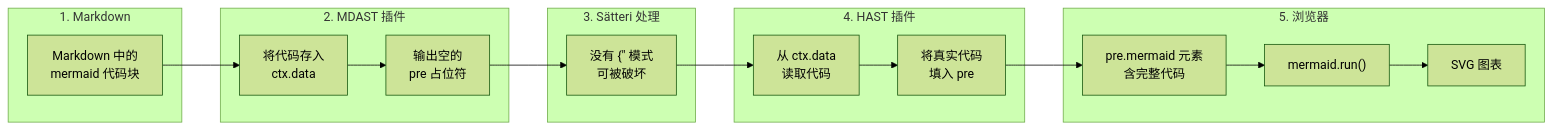
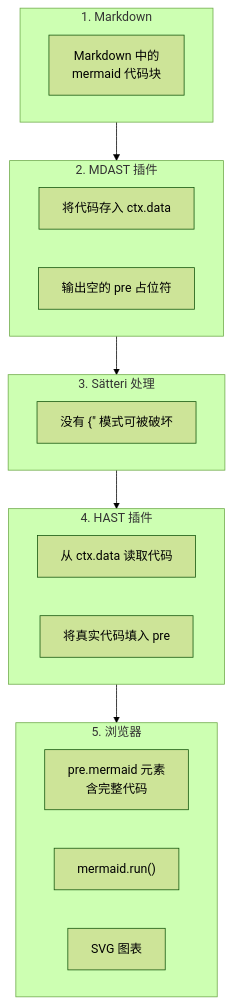
Before and after one commit to xingwangzhe/satteri-mermaid: the diagram in README_CN.md, drawn with Mermaid (forest theme). The commit also changed 2 other files, not shown here.

Commit message:
docs: README 流程图改为纵向布局

````diff
--- a/README_CN.md
+++ b/README_CN.md
@@ -70,37 +70,30 @@
 ```mermaid
-flowchart LR
+flowchart TD
     subgraph MD["1. Markdown"]
         SRC["Markdown 中的
 mermaid 代码块"]
     end
 
     subgraph MDAST["2. MDAST 插件"]
-        STORE["将代码存入
-ctx.data"]
-        EMPTY["输出空的
-pre 占位符"]
+        STORE["将代码存入 ctx.data"]
+        EMPTY["输出空的 pre 占位符"]
     end
 
     subgraph SAT["3. Sätteri 处理"]
-        SAFE["没有 {&quot; 模式
-可被破坏"]
+        SAFE["没有 {&quot; 模式可被破坏"]
     end
 
     subgraph HAST["4. HAST 插件"]
-        READ["从 ctx.data
-读取代码"]
-        FILL["将真实代码
-填入 pre"]
+        READ["从 ctx.data 读取代码"]
+        FILL["将真实代码填入 pre"]
     end
 
     subgraph BROWSER["5. 浏览器"]
         HTML["pre.mermaid 元素
 含完整代码"]
         MM["mermaid.run()"]
         SVG["SVG 图表"]
     end
 
-    SRC --> STORE --> EMPTY
-    EMPTY --> SAFE --> READ --> FILL
-    FILL --> HTML --> MM --> SVG
+    MD --> MDAST --> SAT --> HAST --> BROWSER
 ```
````
